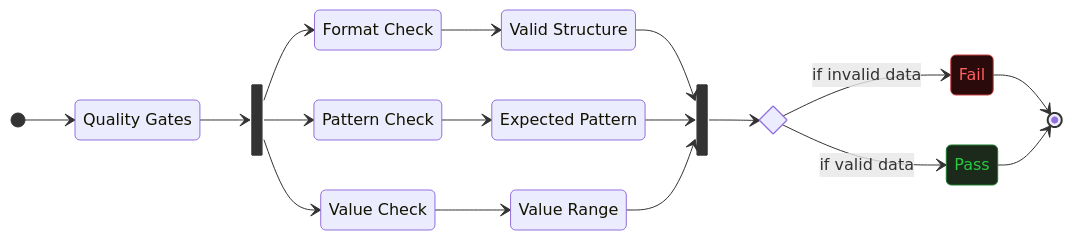
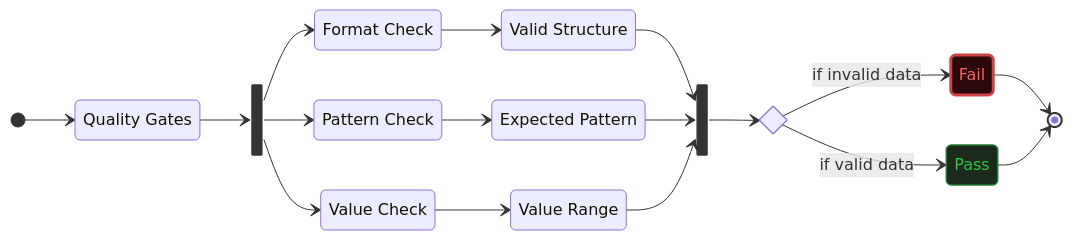
One commit to radra23/scryops-site changed the third of 4 diagrams in content/guides/data-masking-in-telemetry.md. Above: the diagram before and after it, drawn with Mermaid. The commit also changed other lines of this file and 40 other files, not shown here.

First line of the commit message:
content: caption every mermaid diagram, add non-hue redundancy to 14 files

```diff
--- a/content/guides/data-masking-in-telemetry.md
+++ b/content/guides/data-masking-in-telemetry.md
@@ -108,39 +108,39 @@
-{{< mermaid >}}
+{{< mermaid caption="Fig. — Format, pattern, and value checks run in parallel and join before a single pass or fail decision, so one bad field fails the whole record instead of shipping partially masked." >}}
 
 stateDiagram-v2
     direction LR
 
-    classDef pass fill:#1C2A1C,stroke:#1C7A2E,color:#28CA41
-    classDef fail fill:#2A0A0A,stroke:#CC4444,color:#FF6060
+    classDef pass fill:#1C2A1C,stroke:#1C7A2E,color:#28CA41,stroke-width:1.5px
+    classDef fail fill:#2A0A0A,stroke:#CC4444,color:#FF6060,stroke-width:3px
    data_quality: Quality Gates
    State2: Format Check
    State3: Pattern Check
    State4: Value Check
    State21: Valid Structure
    State31: Expected Pattern
    State41: Value Range
 
     state fork_state <<fork>>
       [*] --> data_quality
       data_quality --> fork_state
       fork_state --> State2
       fork_state --> State3
       fork_state --> State4
       State3 --> State31
       State2 --> State21
       State4 --> State41
   
       state join_state <<join>>
       State21 --> join_state
       State31 --> join_state
       State41 --> join_state
 
       state if_state <<choice>>
         join_state --> if_state
         if_state --> Pass: if valid data
         if_state --> Fail : if invalid data
 
     Fail:::fail --> [*]
     Pass:::pass --> [*]
 
 {{< /mermaid >}}
```
